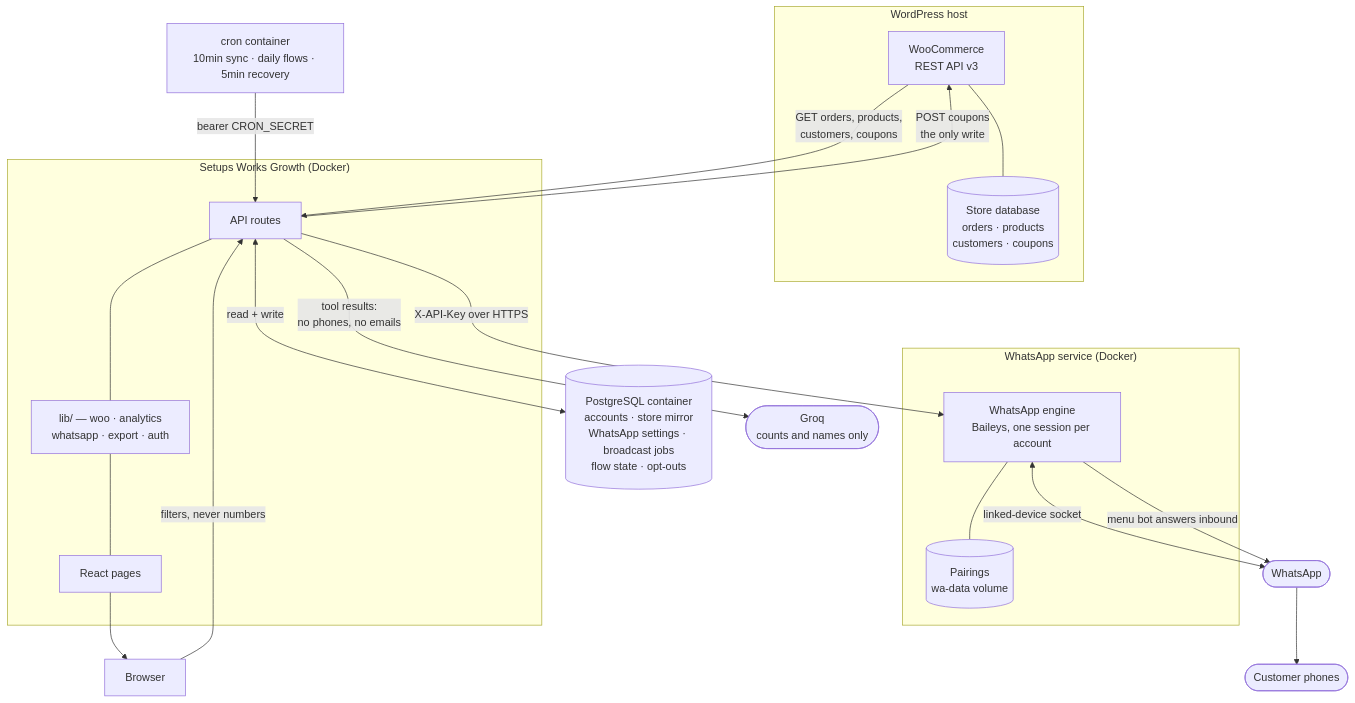
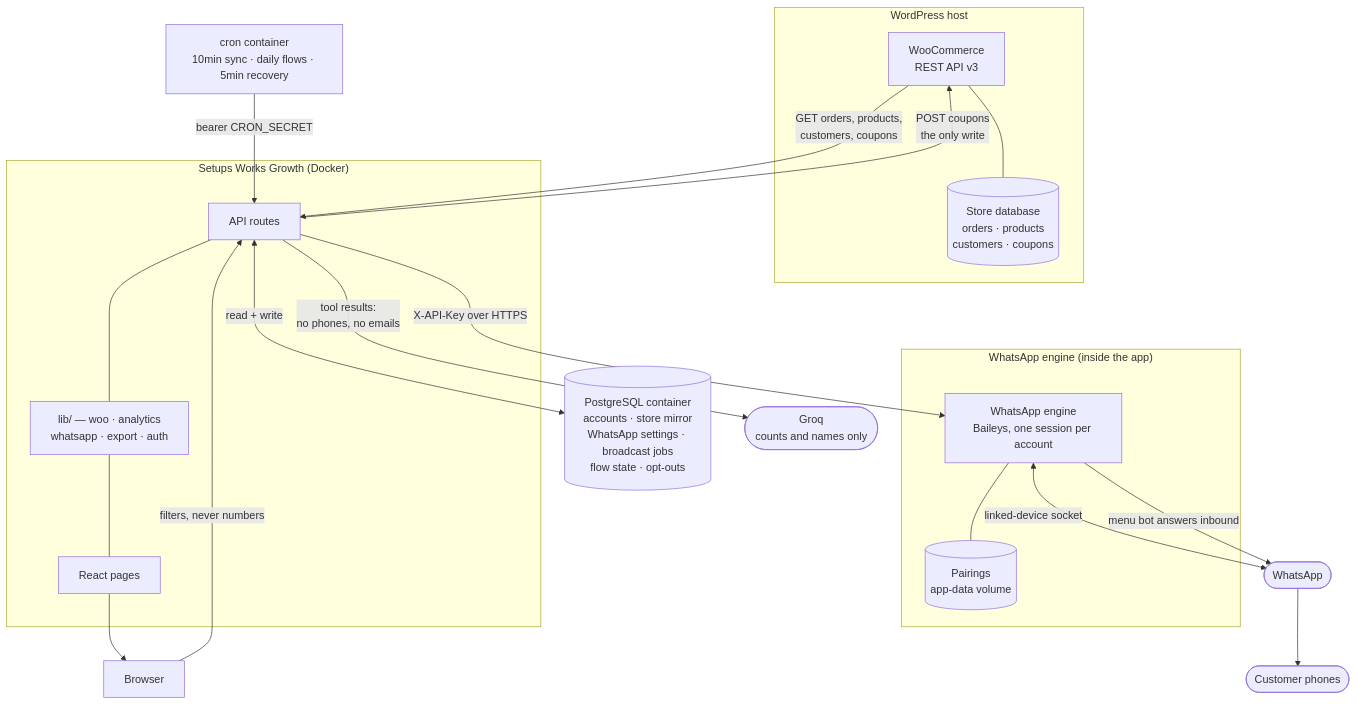
The first of 11 diagrams in README.md (Setups-Works/growth), drawn with Mermaid before and after one commit. The commit also changed other lines of this file and 31 other files, not shown here.

First line of the commit message:
Run WhatsApp inside the Next.js app instead of a separate service

````diff
--- a/README.md
+++ b/README.md
@@ -539,42 +539,42 @@
 ```mermaid
 graph TB
     subgraph store["WordPress host"]
         WC["WooCommerce<br/>REST API v3"]
         DB[("Store database<br/>orders · products<br/>customers · coupons")]
         WC --- DB
     end
 
-    subgraph vps["WhatsApp service (Docker)"]
+    subgraph vps["WhatsApp engine (inside the app)"]
         OWA["WhatsApp engine<br/>Baileys, one session per account"]
-        AUTH[("Pairings<br/>wa-data volume")]
+        AUTH[("Pairings<br/>app-data volume")]
         OWA --- AUTH
     end
 
     subgraph app["Setups Works Growth (Docker)"]
         ROUTES["API routes"]
         LIB["lib/ — woo · analytics<br/>whatsapp · export · auth"]
         SSR["React pages"]
         ROUTES --- LIB
         LIB --- SSR
     end
 
     KV[("PostgreSQL container<br/>accounts · store mirror<br/>WhatsApp settings · broadcast jobs<br/>flow state · opt-outs")]
 
     CRON["cron container<br/>10min sync · daily flows · 5min recovery"]
     GROQ(["Groq<br/>counts and names only"])
     BROWSER["Browser"]
     WA(["WhatsApp"])
     CUST(["Customer phones"])
 
     WC -->|"GET orders, products,<br/>customers, coupons"| ROUTES
     ROUTES -->|"POST coupons<br/>the only write"| WC
     ROUTES <-->|"read + write"| KV
     ROUTES -->|"X-API-Key over HTTPS"| OWA
     ROUTES -->|"tool results:<br/>no phones, no emails"| GROQ
     CRON -->|"bearer CRON_SECRET"| ROUTES
     OWA <-->|"linked-device socket"| WA
     OWA -->|"menu bot answers inbound"| WA
     WA --> CUST
     SSR --> BROWSER
     BROWSER -->|"filters, never numbers"| ROUTES
 ```
````
